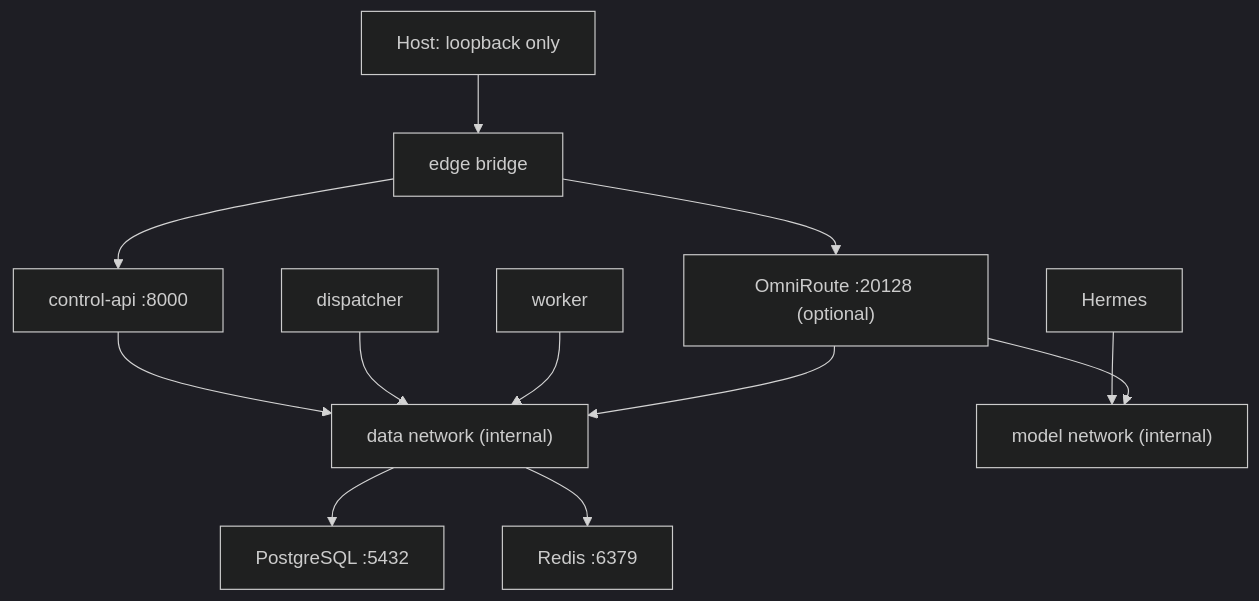
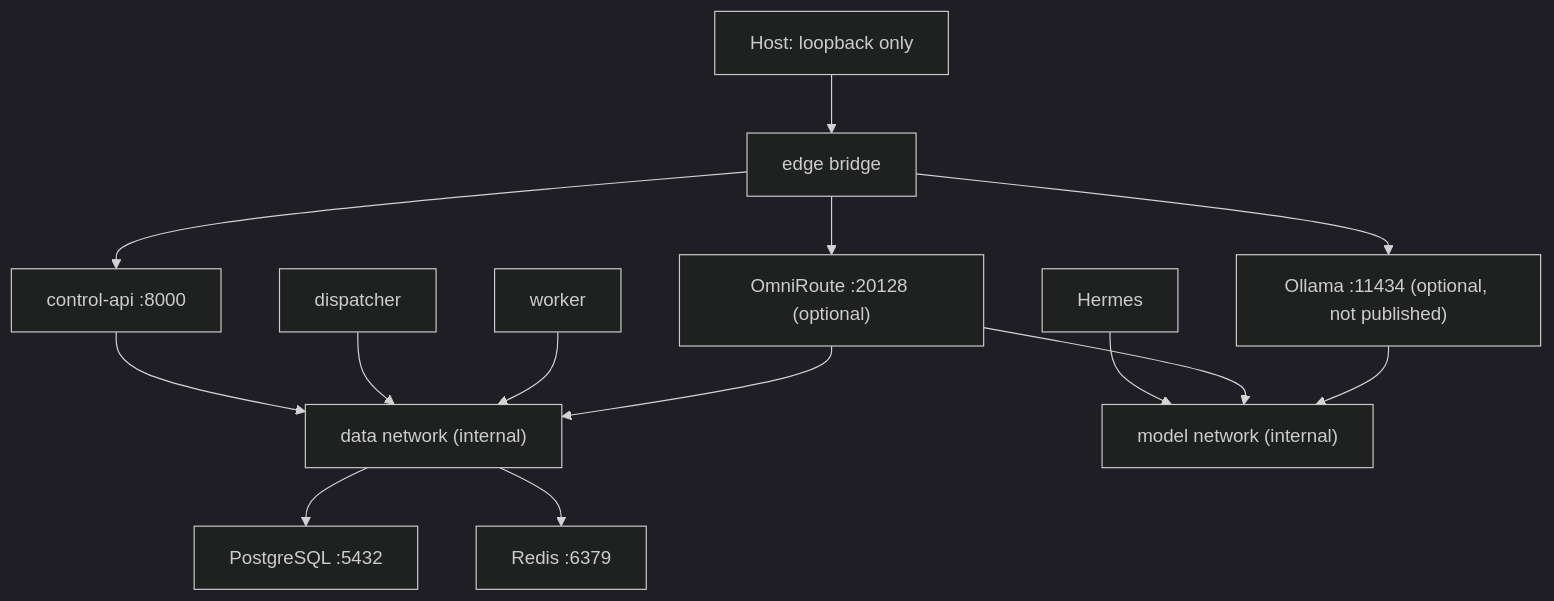
Before and after one commit to ReaperXD67/autonomous-personal-agent: the diagram in docs/architecture/networking.md, drawn with Mermaid (dark theme). The commit also changed other lines of this file and 31 other files, not shown here.

````diff
--- a/docs/architecture/networking.md
+++ b/docs/architecture/networking.md
@@ -3,16 +3,18 @@
 ```mermaid
 flowchart TB
     HOST["Host: loopback only"] --> EDGE["edge bridge"]
     EDGE --> API["control-api :8000"]
     EDGE --> OR["OmniRoute :20128 (optional)"]
+    EDGE --> OL["Ollama :11434 (optional, not published)"]
 
     API --> DATA["data network (internal)"]
     DISPATCHER["dispatcher"] --> DATA
     WORKER["worker"] --> DATA
     OR --> DATA
     DATA --> PG["PostgreSQL :5432"]
     DATA --> REDIS["Redis :6379"]
 
     H["Hermes"] --> MODEL["model network (internal)"]
     OR --> MODEL
+    OL --> MODEL
 ```
````
